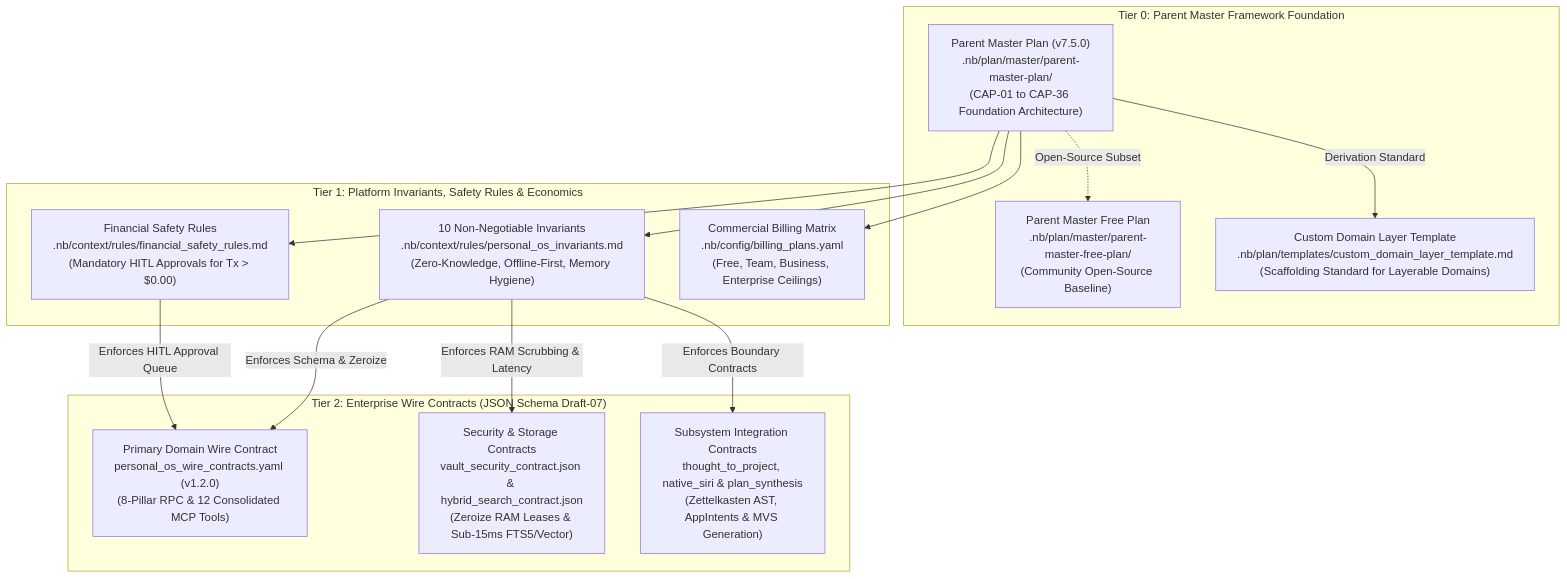
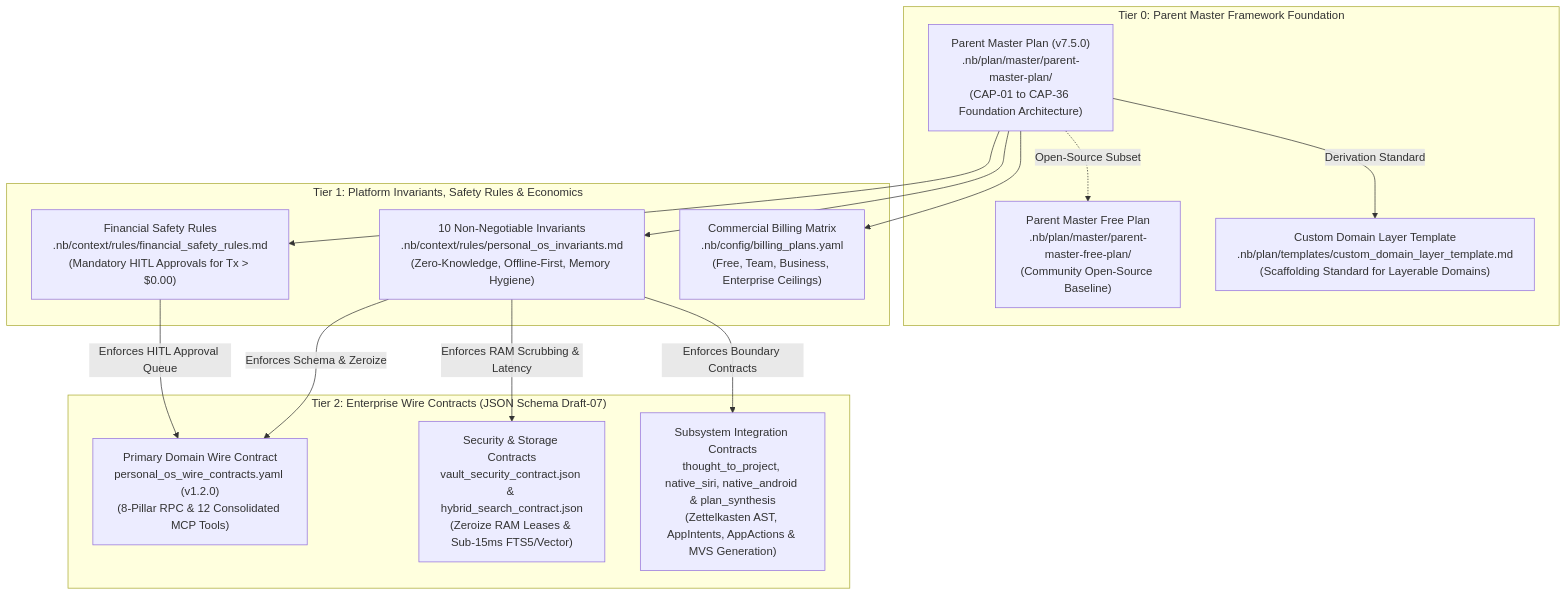
One commit to lakhwindersingh/nb_antwalk changed the first of 6 diagrams in .nb/plan/PLAN_LINEAGE_AND_INDEX.md. Above: the diagram before and after it, drawn with Mermaid. The commit also changed other lines of this file and 9 other files, not shown here.

````diff
--- a/.nb/plan/PLAN_LINEAGE_AND_INDEX.md
+++ b/.nb/plan/PLAN_LINEAGE_AND_INDEX.md
@@ -47,31 +47,31 @@
 ```mermaid
 flowchart TD
     subgraph Tier0["Tier 0: Parent Master Framework Foundation"]
         P_Master["Parent Master Plan (v7.5.0)<br/>.nb/plan/master/parent-master-plan/<br/>(CAP-01 to CAP-36 Foundation Architecture)"]
         P_Free["Parent Master Free Plan<br/>.nb/plan/master/parent-master-free-plan/<br/>(Community Open-Source Baseline)"]
         T_Custom["Custom Domain Layer Template<br/>.nb/plan/templates/custom_domain_layer_template.md<br/>(Scaffolding Standard for Layerable Domains)"]
         P_Master -.->|Open-Source Subset| P_Free
         P_Master -->|Derivation Standard| T_Custom
     end
 
     subgraph Tier1["Tier 1: Platform Invariants, Safety Rules & Economics"]
         R_Invariants["10 Non-Negotiable Invariants<br/>.nb/context/rules/personal_os_invariants.md<br/>(Zero-Knowledge, Offline-First, Memory Hygiene)"]
         R_Financial["Financial Safety Rules<br/>.nb/context/rules/financial_safety_rules.md<br/>(Mandatory HITL Approvals for Tx > $0.00)"]
         Cfg_Billing["Commercial Billing Matrix<br/>.nb/config/billing_plans.yaml<br/>(Free, Team, Business, Enterprise Ceilings)"]
     end
 
     subgraph Tier2["Tier 2: Enterprise Wire Contracts (JSON Schema Draft-07)"]
         C_Core["Primary Domain Wire Contract<br/>personal_os_wire_contracts.yaml (v1.2.0)<br/>(8-Pillar RPC & 12 Consolidated MCP Tools)"]
         C_Security["Security & Storage Contracts<br/>vault_security_contract.json & hybrid_search_contract.json<br/>(Zeroize RAM Leases & Sub-15ms FTS5/Vector)"]
-        C_Specialized["Subsystem Integration Contracts<br/>thought_to_project, native_siri & plan_synthesis<br/>(Zettelkasten AST, AppIntents & MVS Generation)"]
+        C_Specialized["Subsystem Integration Contracts<br/>thought_to_project, native_siri, native_android & plan_synthesis<br/>(Zettelkasten AST, AppIntents, AppActions & MVS Generation)"]
     end
 
     %% GOVERNANCE & ENFORCEMENT FLOWS
     P_Master --> R_Invariants
     P_Master --> R_Financial
     P_Master --> Cfg_Billing
     R_Invariants -->|Enforces Schema & Zeroize| C_Core
     R_Invariants -->|Enforces RAM Scrubbing & Latency| C_Security
     R_Financial -->|Enforces HITL Approval Queue| C_Core
     R_Invariants -->|Enforces Boundary Contracts| C_Specialized
 ```
````
